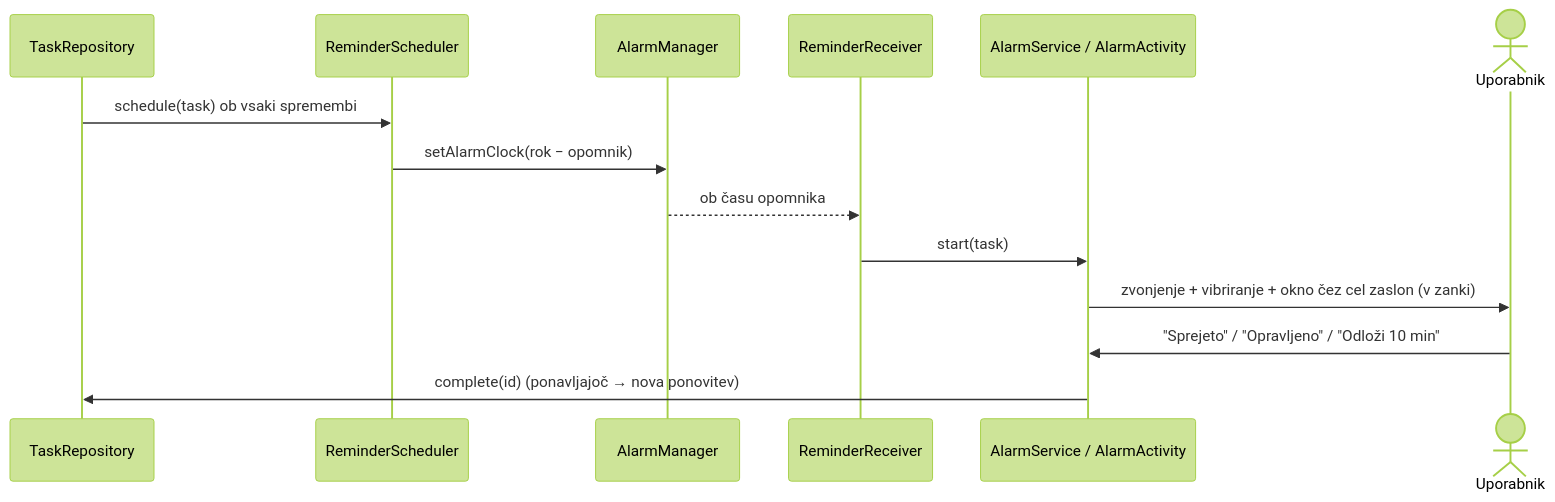
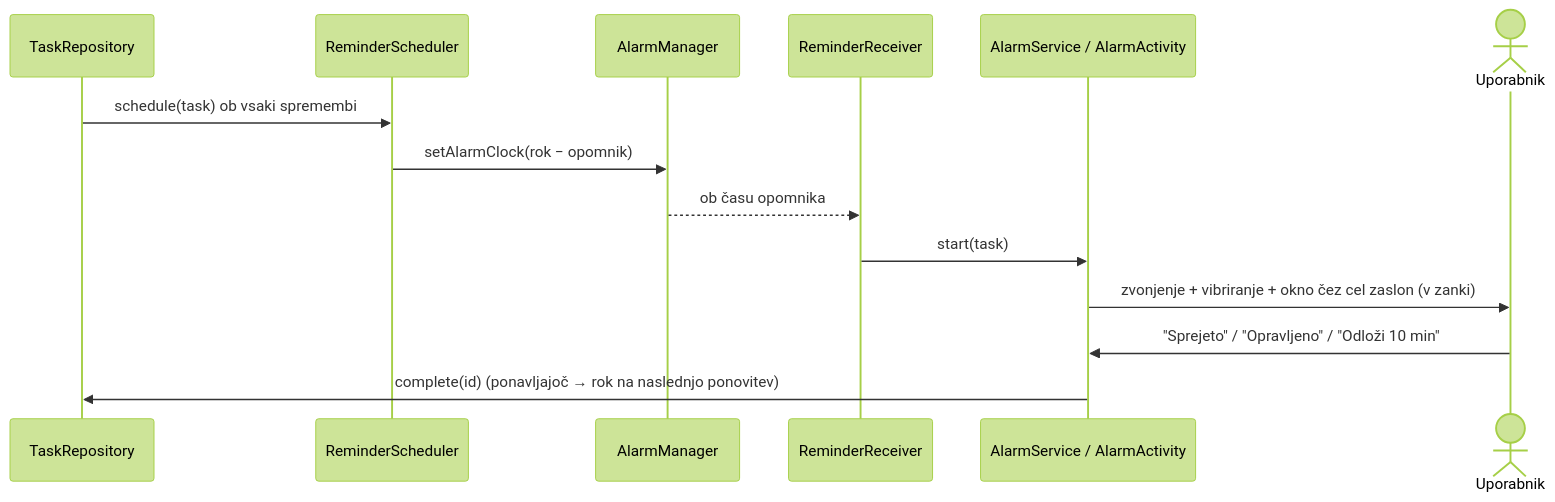
One commit to Kosovircek/WorkManagmentApp changed the fifth of 5 diagrams in docs/ARHITEKTURA.md. Above: the diagram before and after it, drawn with Mermaid (forest theme). The commit also changed other lines of this file and 12 other files, not shown here.

````diff
--- a/docs/ARHITEKTURA.md
+++ b/docs/ARHITEKTURA.md
@@ -212,16 +216,16 @@
 ```mermaid
 sequenceDiagram
     participant R as TaskRepository
     participant S as ReminderScheduler
     participant A as AlarmManager
     participant RR as ReminderReceiver
     participant AS as AlarmService / AlarmActivity
     actor U as Uporabnik
     R->>S: schedule(task) ob vsaki spremembi
     S->>A: setAlarmClock(rok − opomnik)
     A-->>RR: ob času opomnika
     RR->>AS: start(task)
     AS->>U: zvonjenje + vibriranje + okno čez cel zaslon (v zanki)
     U->>AS: "Sprejeto" / "Opravljeno" / "Odloži 10 min"
-    AS->>R: complete(id)  (ponavljajoč → nova ponovitev)
+    AS->>R: complete(id)  (ponavljajoč → rok na naslednjo ponovitev)
 ```
````
